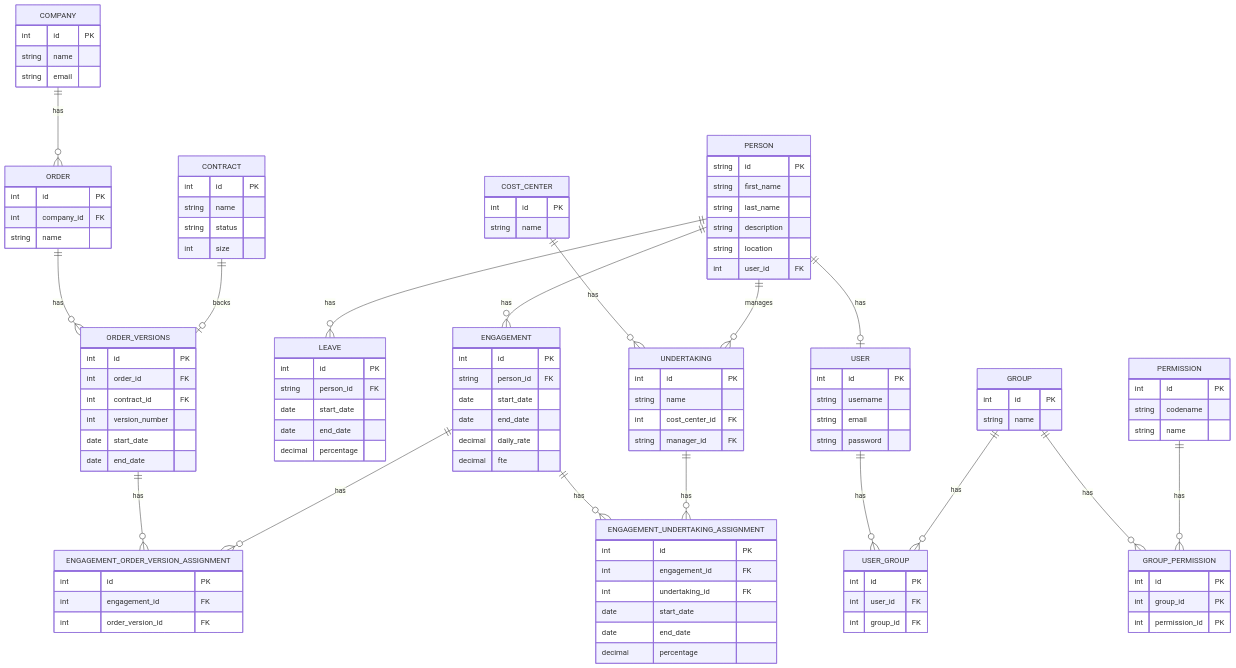
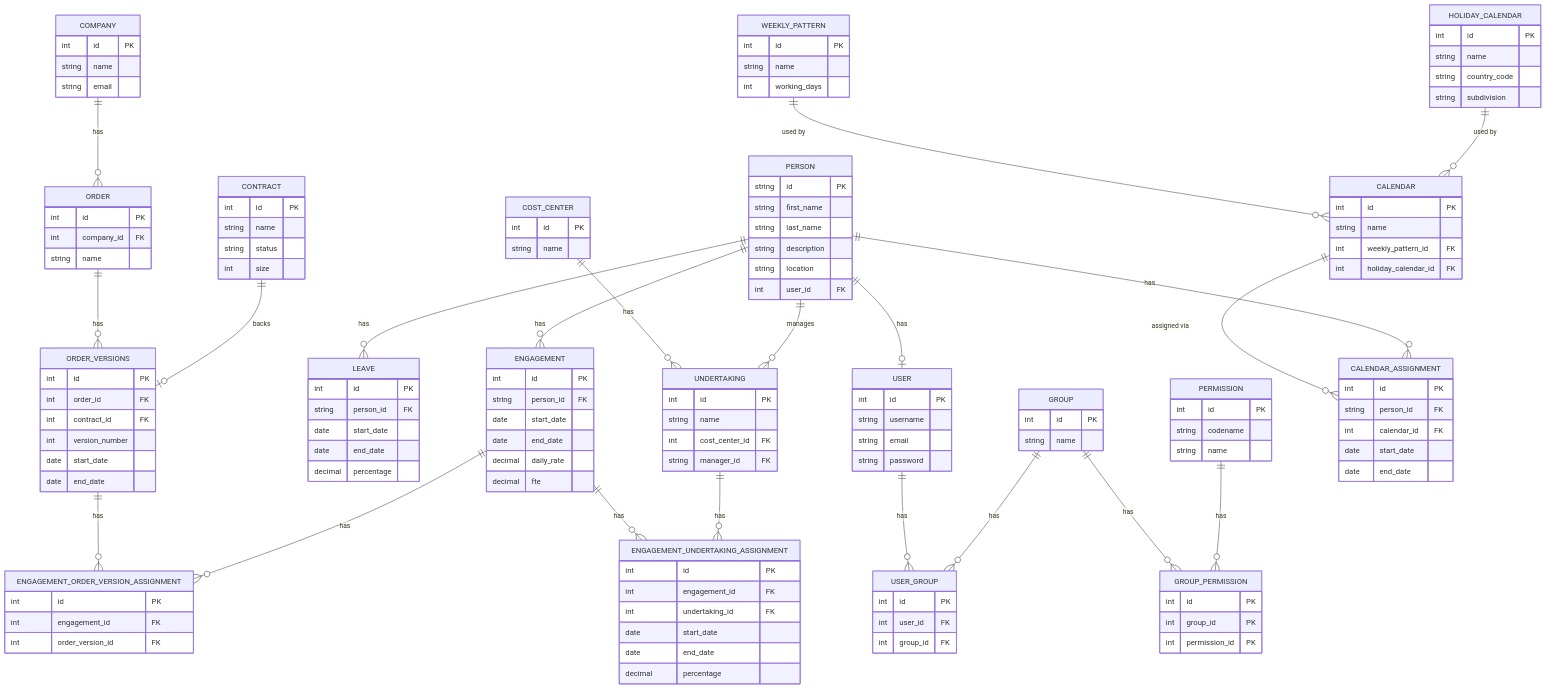
Before and after one commit to durczokj/vendor_manager: the diagram in docs/ERD.md, drawn with Mermaid. The commit also changed other lines of this file and 8 other files, not shown here.

First line of the commit message:
docs(calendars): ERD, FR-55..FR-61, P10 plan, user guide

````diff
--- a/docs/ERD.md
+++ b/docs/ERD.md
@@ -112,6 +112,34 @@
         int permission_id PK
     }
 
+    WEEKLY_PATTERN {
+        int id PK
+        string name
+        int working_days
+    }
+
+    HOLIDAY_CALENDAR {
+        int id PK
+        string name
+        string country_code
+        string subdivision
+    }
+
+    CALENDAR {
+        int id PK
+        string name
+        int weekly_pattern_id FK
+        int holiday_calendar_id FK
+    }
+
+    CALENDAR_ASSIGNMENT {
+        int id PK
+        string person_id FK
+        int calendar_id FK
+        date start_date
+        date end_date
+    }
+
 
     %% Define relationships
     COMPANY ||--o{ ORDER : "has"
@@ -139,4 +167,9 @@
 
     ENGAGEMENT ||--o{ ENGAGEMENT_UNDERTAKING_ASSIGNMENT : "has"
     UNDERTAKING ||--o{ ENGAGEMENT_UNDERTAKING_ASSIGNMENT : "has"
+
+    WEEKLY_PATTERN ||--o{ CALENDAR : "used by"
+    HOLIDAY_CALENDAR ||--o{ CALENDAR : "used by"
+    CALENDAR ||--o{ CALENDAR_ASSIGNMENT : "assigned via"
+    PERSON ||--o{ CALENDAR_ASSIGNMENT : "has"
 ```
````
